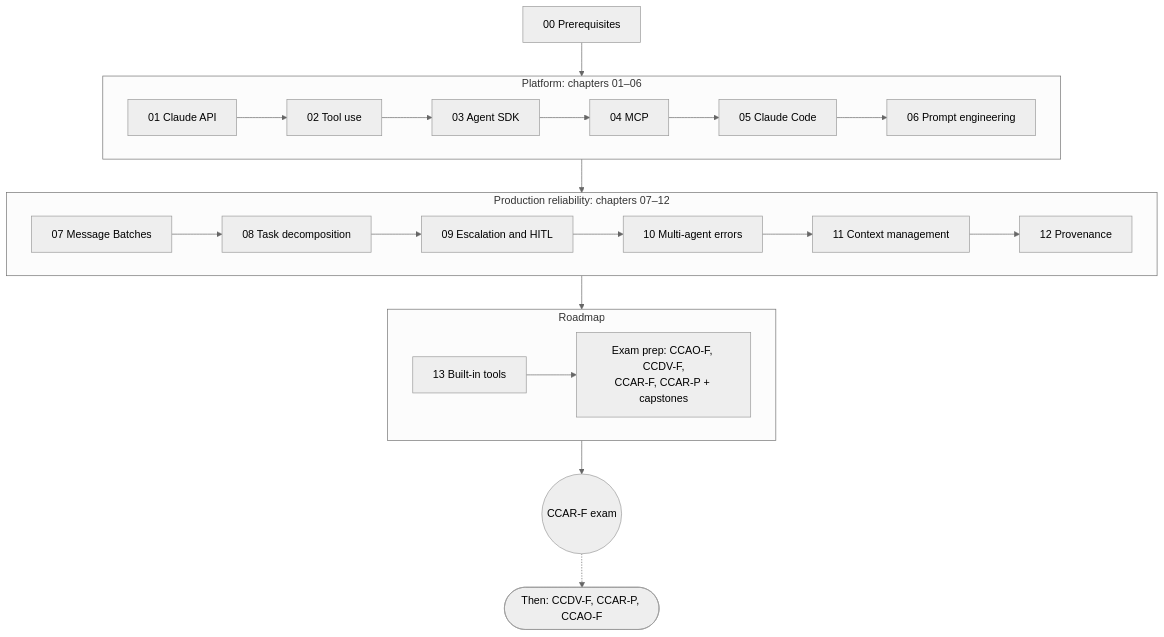
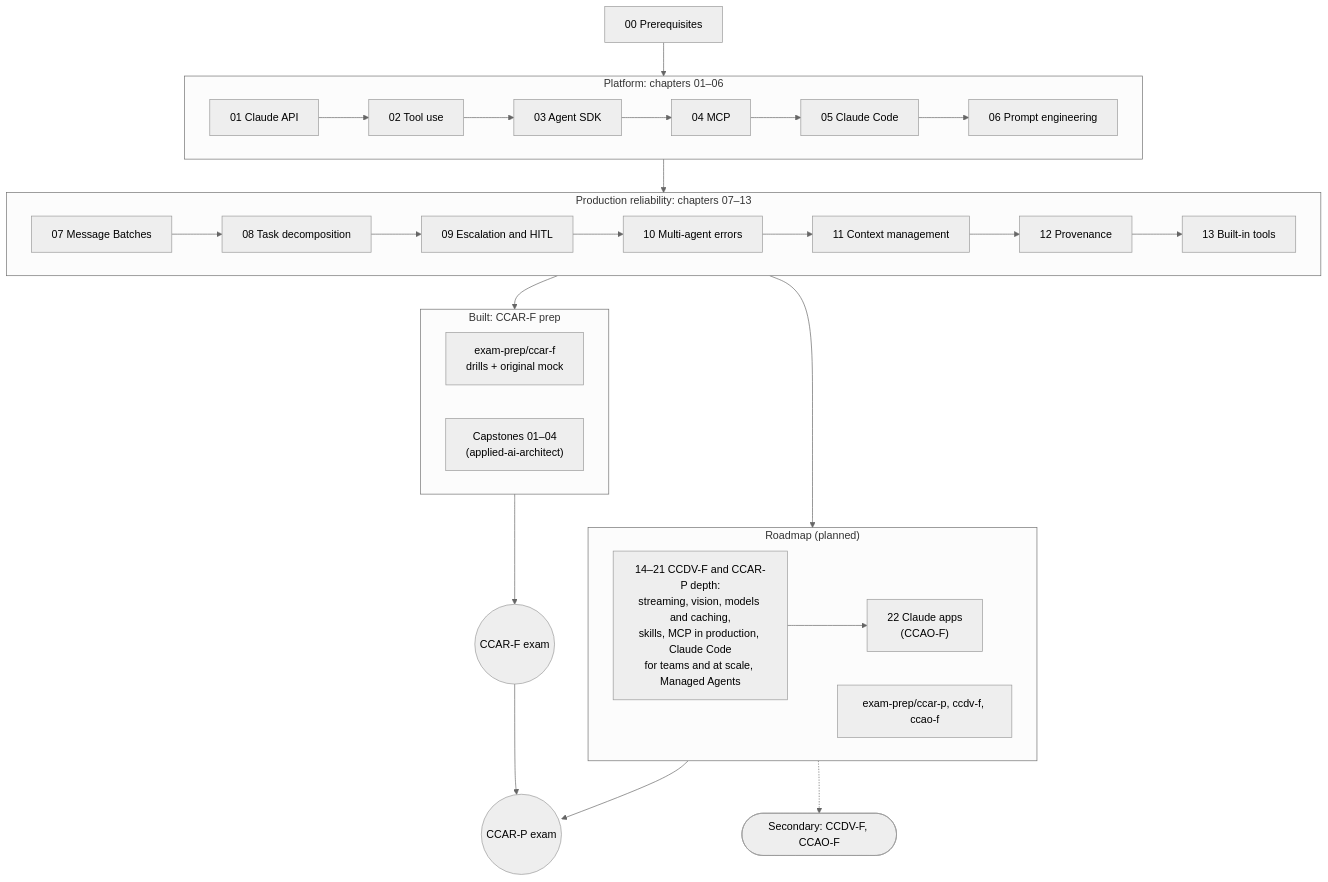
The diagram in anthropic-claude/README.md (EldanGS/Applied-AI-Solution-Architect), drawn with Mermaid (neutral theme) before and after one commit. The commit also changed other lines of this file and 7 other files, not shown here.

First line of the commit message:
Update overviews, roadmap and OpenAI chapter 03 after review pass

````diff
--- a/anthropic-claude/README.md
+++ b/anthropic-claude/README.md
@@ -9,19 +9,28 @@
 ```mermaid
 flowchart TD
     P["00 Prerequisites"] --> F
     subgraph F["Platform: chapters 01–06"]
         direction LR
         C1["01 Claude API"] --> C2["02 Tool use"] --> C3["03 Agent SDK"] --> C4["04 MCP"] --> C5["05 Claude Code"] --> C6["06 Prompt engineering"]
     end
-    subgraph RL["Production reliability: chapters 07–12"]
+    subgraph RL["Production reliability: chapters 07–13"]
         direction LR
-        C7["07 Message Batches"] --> C8["08 Task decomposition"] --> C9["09 Escalation and HITL"] --> C10["10 Multi-agent errors"] --> C11["11 Context management"] --> C12["12 Provenance"]
+        C7["07 Message Batches"] --> C8["08 Task decomposition"] --> C9["09 Escalation and HITL"] --> C10["10 Multi-agent errors"] --> C11["11 Context management"] --> C12["12 Provenance"] --> C13["13 Built-in tools"]
     end
-    subgraph RM["Roadmap"]
+    subgraph XF["Built: CCAR-F prep"]
         direction LR
-        C13["13 Built-in tools"] --> X["Exam prep: CCAO-F, CCDV-F,<br/>CCAR-F, CCAR-P + capstones"]
+        XP["exam-prep/ccar-f<br/>drills + original mock"]
+        CAP["Capstones 01–04<br/>(applied-ai-architect)"]
     end
-    F --> RL --> RM
-    RM --> E(("CCAR-F exam"))
-    E -.-> E2(["Then: CCDV-F, CCAR-P, CCAO-F"])
+    subgraph RM["Roadmap (planned)"]
+        direction LR
+        C14["14–21 CCDV-F and CCAR-P depth:<br/>streaming, vision, models and caching,<br/>skills, MCP in production, Claude Code<br/>for teams and at scale, Managed Agents"] --> C22["22 Claude apps<br/>(CCAO-F)"]
+        XR["exam-prep/ccar-p, ccdv-f, ccao-f"]
+    end
+    F --> RL --> XF
+    XF --> E(("CCAR-F exam"))
+    RL --> RM
+    E --> E2(("CCAR-P exam"))
+    RM --> E2
+    RM -.-> E3(["Secondary: CCDV-F, CCAO-F"])
 ```
````
